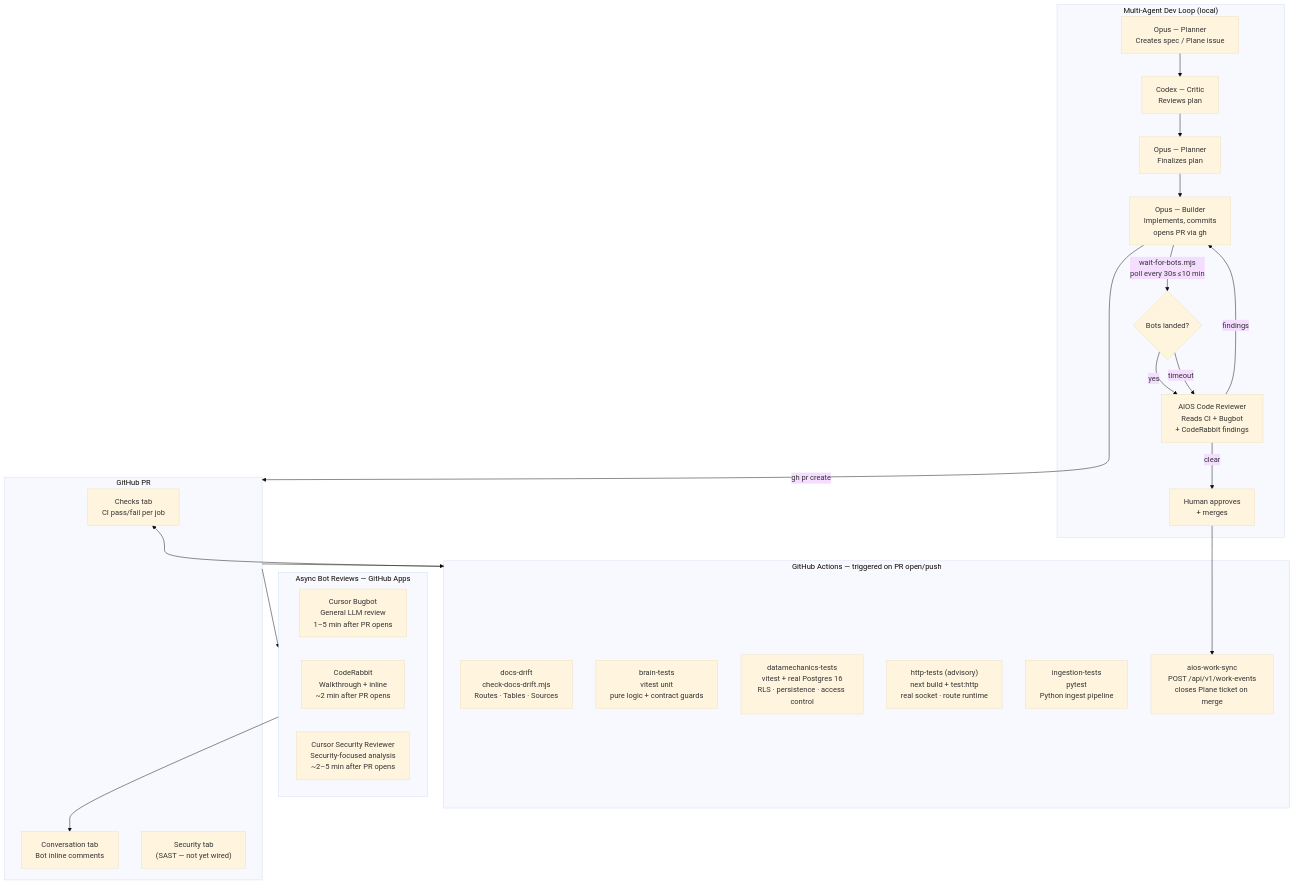
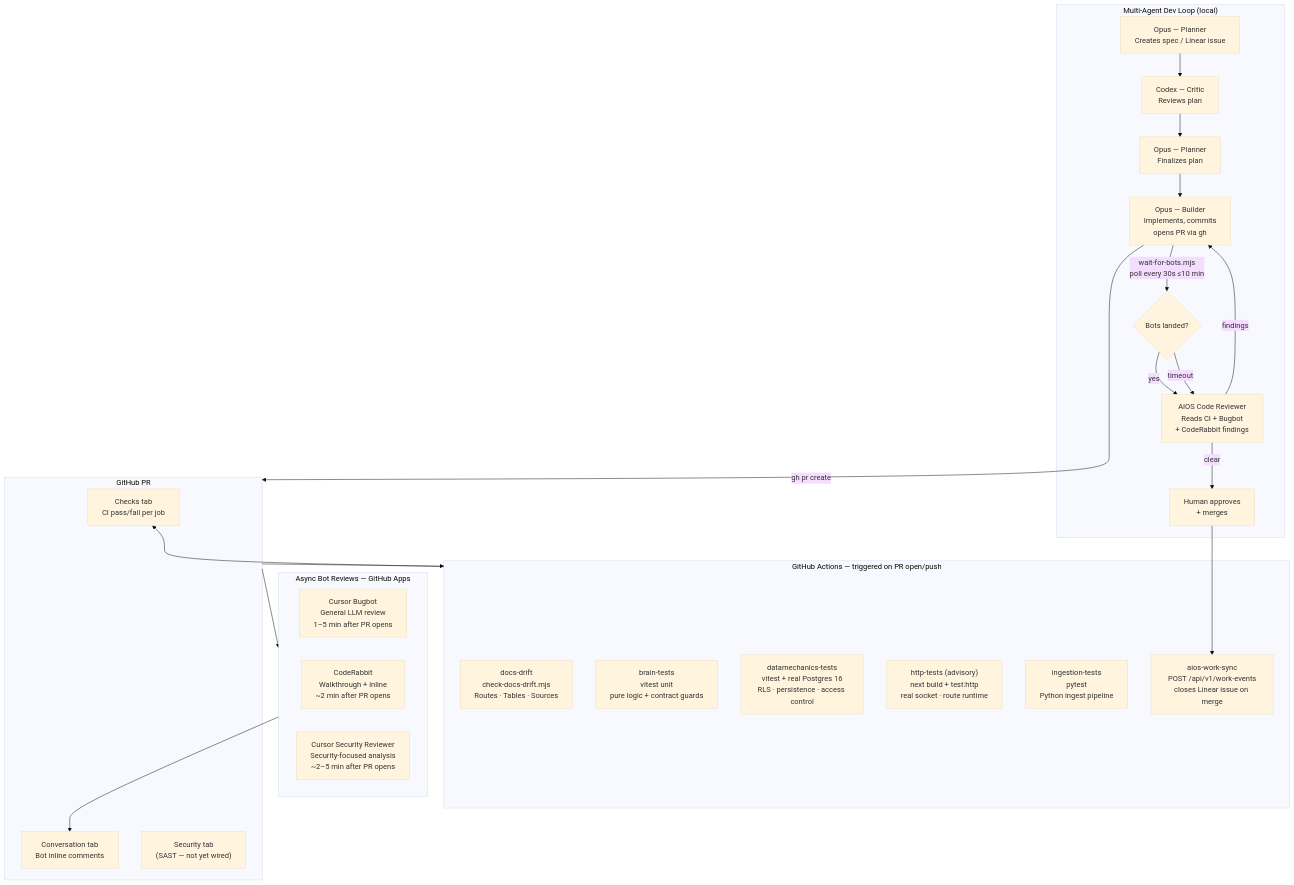
One commit to aiosbrain/aios-team-brain changed the diagram in docs/CI-ARCHITECTURE.md. Above: the diagram before and after it, drawn with Mermaid (base theme). The commit also changed other lines of this file and 2 other files, not shown here.

First line of the commit message:
docs(pm): reflect Linear as the PM tool of choice (Plane retired)

````diff
--- a/docs/CI-ARCHITECTURE.md
+++ b/docs/CI-ARCHITECTURE.md
@@ -11,41 +11,41 @@
 ```mermaid
 flowchart TD
     subgraph AgentLoop["Multi-Agent Dev Loop (local)"]
-        A1[Opus — Planner\nCreates spec / Plane issue] --> A2[Codex — Critic\nReviews plan]
+        A1[Opus — Planner\nCreates spec / Linear issue] --> A2[Codex — Critic\nReviews plan]
         A2 --> A3[Opus — Planner\nFinalizes plan]
         A3 --> A4[Opus — Builder\nImplements, commits\nopens PR via gh]
         A4 -->|wait-for-bots.mjs\npoll every 30s ≤10 min| A4W{Bots landed?}
         A4W -->|yes| A5[AIOS Code Reviewer\nReads CI + Bugbot\n+ CodeRabbit findings]
         A4W -->|timeout| A5
         A5 -->|findings| A4
         A5 -->|clear| MERGE[Human approves\n+ merges]
     end
 
     subgraph GitHubActions["GitHub Actions — triggered on PR open/push"]
         B1["docs-drift\ncheck-docs-drift.mjs\nRoutes · Tables · Sources"]
         B2["brain-tests\nvitest unit\npure logic + contract guards"]
         B3["datamechanics-tests\nvitest + real Postgres 16\nRLS · persistence · access control"]
         B4["http-tests (advisory)\nnext build + test:http\nreal socket · route runtime"]
         B5["ingestion-tests\npytest\nPython ingest pipeline"]
-        B6["aios-work-sync\nPOST /api/v1/work-events\ncloses Plane ticket on merge"]
+        B6["aios-work-sync\nPOST /api/v1/work-events\ncloses Linear issue on merge"]
     end
 
     subgraph BotReviews["Async Bot Reviews — GitHub Apps"]
         C1["Cursor Bugbot\nGeneral LLM review\n1–5 min after PR opens"]
         C2["CodeRabbit\nWalkthrough + inline\n~2 min after PR opens"]
         C3["Cursor Security Reviewer\nSecurity-focused analysis\n~2–5 min after PR opens"]
     end
 
     subgraph GitHubPR["GitHub PR"]
         D1["Checks tab\nCI pass/fail per job"]
         D2["Conversation tab\nBot inline comments"]
         D3["Security tab\n(SAST — not yet wired)"]
     end
 
     A4 -->|gh pr create| GitHubPR
     GitHubPR --> GitHubActions
     GitHubPR --> BotReviews
     GitHubActions --> D1
     BotReviews --> D2
     MERGE --> B6
 ```
````
